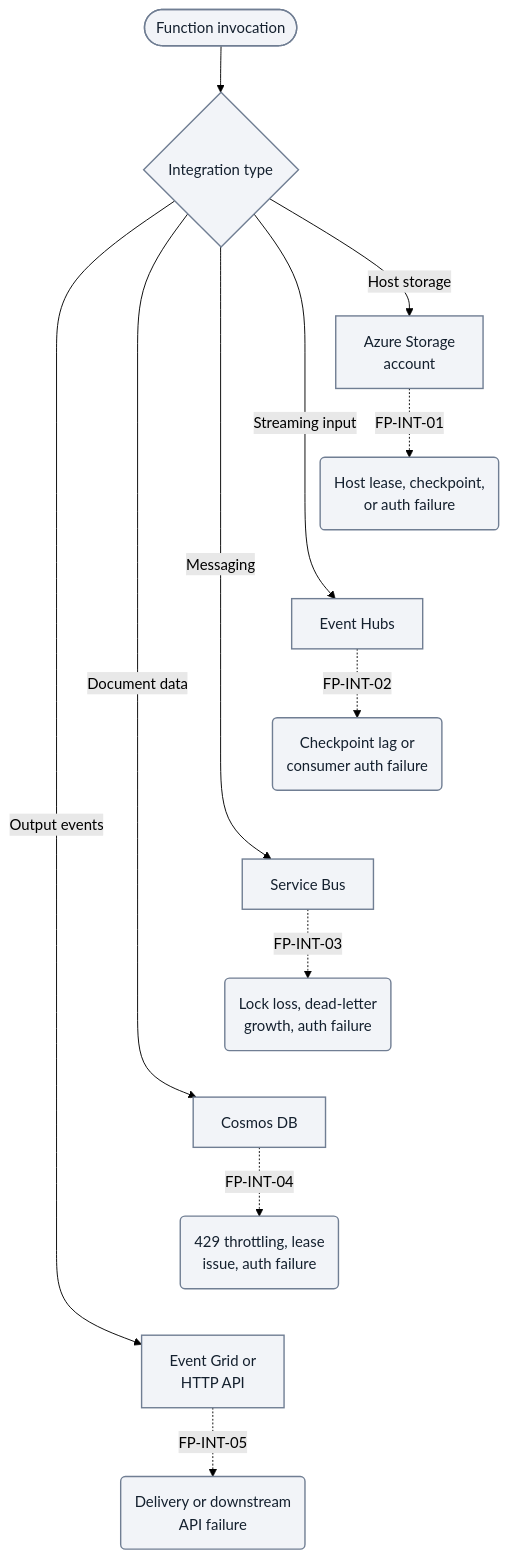
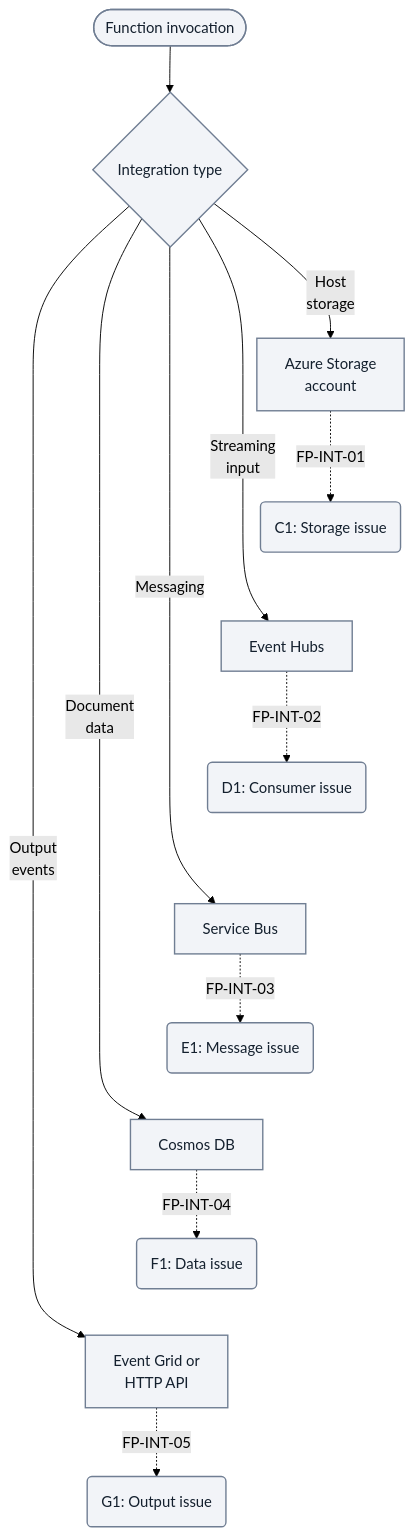
One commit to yeongseon/azure-functions-practical-guide changed the ninth of 10 diagrams in docs/troubleshooting/architecture-components-reference.md. Above: the diagram before and after it, drawn with Mermaid (forest theme). The commit also changed other lines of this file, not shown here.

First line of the commit message:
docs(diagrams): qualify failure semantics and improve narrow layouts

````diff
--- a/docs/troubleshooting/architecture-components-reference.md
+++ b/docs/troubleshooting/architecture-components-reference.md
@@ -629,25 +660,25 @@
 ```mermaid
 %%{init: {'flowchart': {'nodeSpacing': 10}}}%%
 flowchart TD
     accTitle: Azure service integration diagnostic routing
     accDescr: Illustrative routing from five integration categories to candidate failure points. Host storage, streaming input, messaging, document data and output events remain separate; this is a diagnostic association map, not a network transport diagram or observed deployment.
     A(["Function invocation"]) --> B{Integration type}
-    B -->|Host storage| C["Azure Storage<br/>account"]
-    B -->|Streaming input| D[Event Hubs]
+    B -->|"Host<br/>storage"| C["Azure Storage<br/>account"]
+    B -->|"Streaming<br/>input"| D[Event Hubs]
     B -->|Messaging| E[Service Bus]
-    B -->|Document data| F[Cosmos DB]
-    B -->|Output events| G["Event Grid or<br/>HTTP API"]
+    B -->|"Document<br/>data"| F[Cosmos DB]
+    B -->|"Output<br/>events"| G["Event Grid or<br/>HTTP API"]
 
-    C -. FP-INT-01 .-> C1("Host lease, checkpoint,<br/>or auth failure")
-    D -. FP-INT-02 .-> D1("Checkpoint lag or<br/>consumer auth failure")
-    E -. FP-INT-03 .-> E1("Lock loss, dead-letter<br/>growth, auth failure")
-    F -. FP-INT-04 .-> F1("429 throttling, lease<br/>issue, auth failure")
-    G -. FP-INT-05 .-> G1("Delivery or downstream<br/>API failure")
+    C -. FP-INT-01 .-> C1("C1: Storage issue")
+    D -. FP-INT-02 .-> D1("D1: Consumer issue")
+    E -. FP-INT-03 .-> E1("E1: Message issue")
+    F -. FP-INT-04 .-> F1("F1: Data issue")
+    G -. FP-INT-05 .-> G1("G1: Output issue")
     %% Layout-only links serialize categories; they add no diagnostic steps or arrows.
     C1 ~~~ D
     D1 ~~~ E
     E1 ~~~ F
     F1 ~~~ G
     classDef baseNeutral fill:#f2f4f8,stroke:#707e93,stroke-width:1.5px,color:#14202e;
     class A,B,C,D,E,F,G,C1,D1,E1,F1,G1 baseNeutral;
 ```
````
